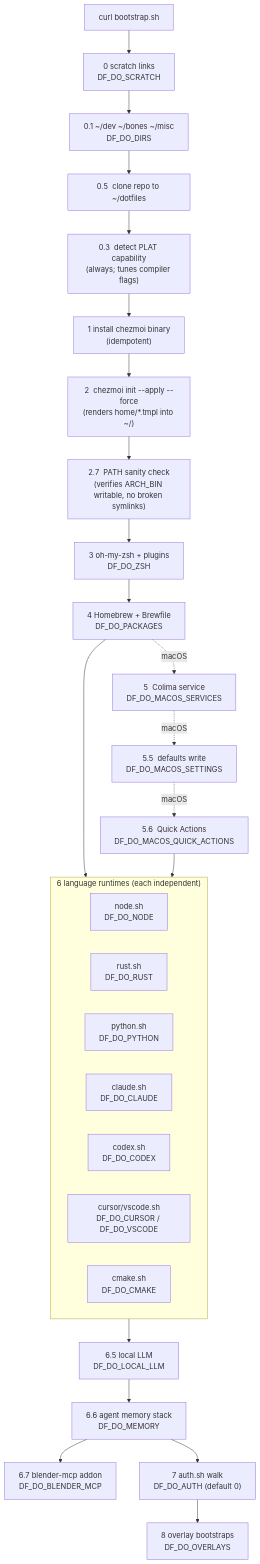
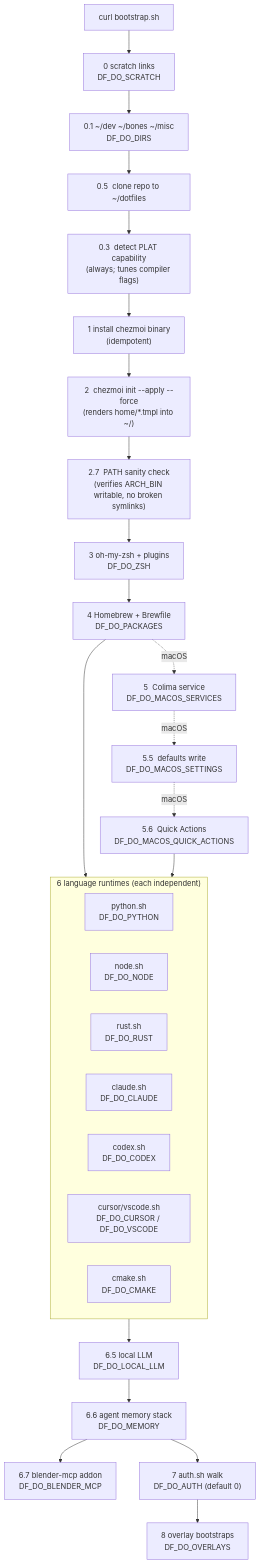
Before and after one commit to cadebrown/dotfiles: the diagram in docs/reference/bootstrap-flow.md, drawn with Mermaid. The commit also changed other lines of this file and 34 other files, not shown here.

````diff
--- a/docs/reference/bootstrap-flow.md
+++ b/docs/reference/bootstrap-flow.md
@@ -5,31 +5,31 @@
 ```mermaid
 flowchart TD
     A[curl bootstrap.sh] --> S0["0  scratch links<br/>DF_DO_SCRATCH"]
     S0 --> S01["0.1  ~/dev ~/bones ~/misc<br/>DF_DO_DIRS"]
     S01 --> S05["0.5  clone repo to ~/dotfiles"]
     S05 --> S03["0.3  detect PLAT capability<br/>(always; tunes compiler flags)"]
     S03 --> S1["1  install chezmoi binary<br/>(idempotent)"]
     S1 --> S2["2  chezmoi init --apply --force<br/>(renders home/*.tmpl into ~/)"]
     S2 --> S27["2.7  PATH sanity check<br/>(verifies ARCH_BIN writable, no broken symlinks)"]
     S27 --> S3["3  oh-my-zsh + plugins<br/>DF_DO_ZSH"]
     S3 --> S4["4  Homebrew + Brewfile<br/>DF_DO_PACKAGES"]
     S4 -.macOS.-> S5["5  Colima service<br/>DF_DO_MACOS_SERVICES"]
     S5 -.macOS.-> S55["5.5  defaults write<br/>DF_DO_MACOS_SETTINGS"]
     S55 -.macOS.-> S56["5.6  Quick Actions<br/>DF_DO_MACOS_QUICK_ACTIONS"]
     S4 --> S6
     S56 --> S6
     subgraph S6["6  language runtimes  (each independent)"]
+        P["python.sh<br/>DF_DO_PYTHON"]
         N["node.sh<br/>DF_DO_NODE"]
         R["rust.sh<br/>DF_DO_RUST"]
-        P["python.sh<br/>DF_DO_PYTHON"]
         C["claude.sh<br/>DF_DO_CLAUDE"]
         X["codex.sh<br/>DF_DO_CODEX"]
         V["cursor/vscode.sh<br/>DF_DO_CURSOR / DF_DO_VSCODE"]
         K["cmake.sh<br/>DF_DO_CMAKE"]
     end
     S6 --> S65["6.5  local LLM<br/>DF_DO_LOCAL_LLM"]
     S65 --> S66["6.6  agent memory stack<br/>DF_DO_MEMORY"]
     S66 --> S67["6.7  blender-mcp addon<br/>DF_DO_BLENDER_MCP"]
     S66 --> S7["7  auth.sh walk<br/>DF_DO_AUTH (default 0)"]
     S7 --> S8["8  overlay bootstraps<br/>DF_DO_OVERLAYS"]
 ```
````
